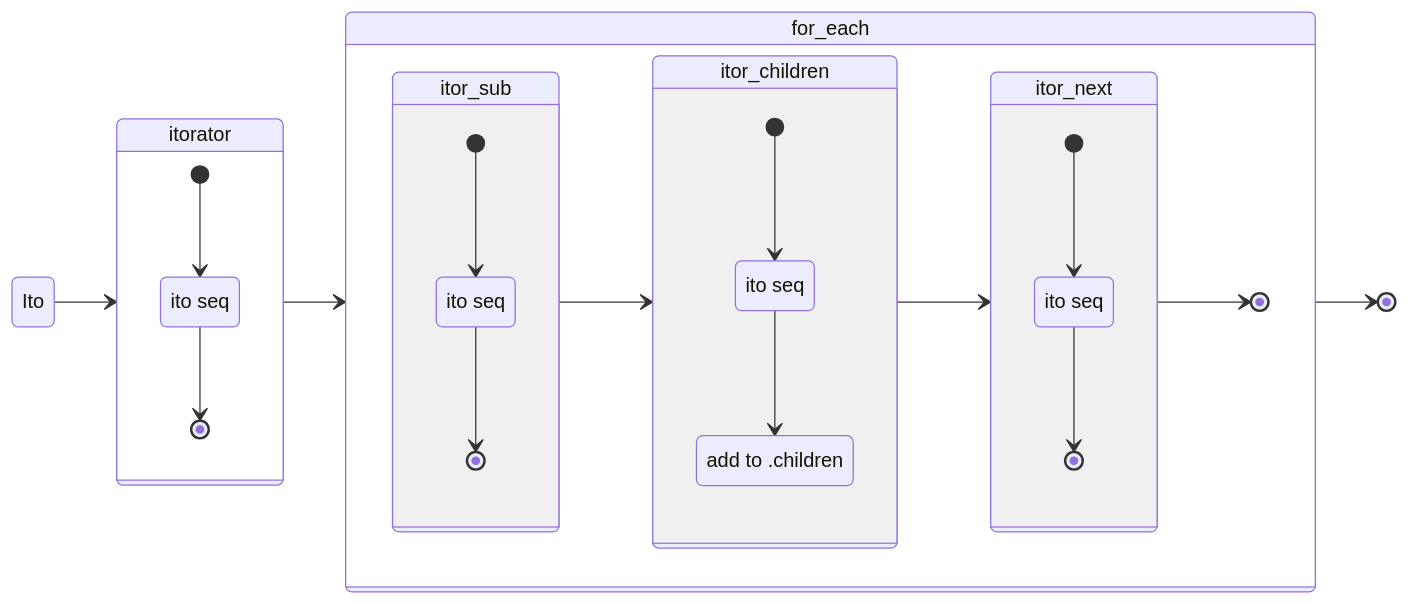
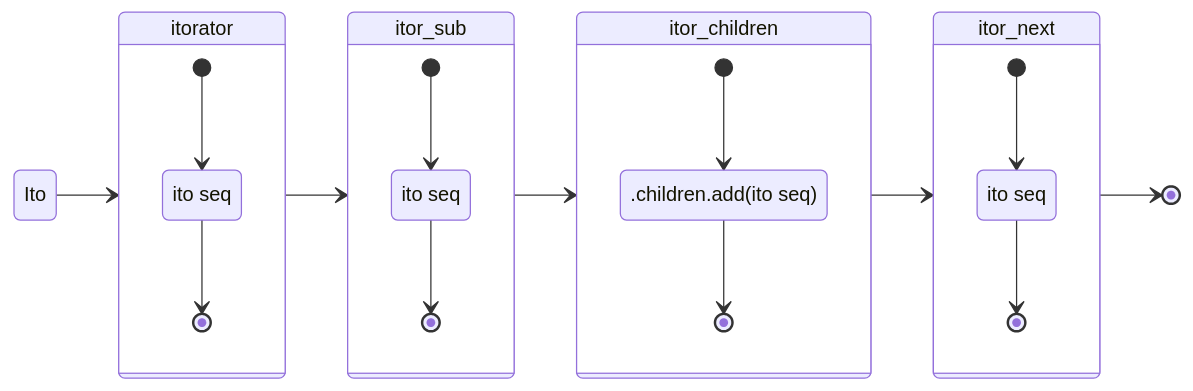
Before and after one commit to rlayers/pawpaw: the fifth of 11 diagrams in docs/4. Arborform.md, drawn with Mermaid. The commit also changed other lines of this file, not shown here.

Commit message:
Improved flow diagrams

````diff
--- a/docs/4. Arborform.md
+++ b/docs/4. Arborform.md
@@ -195,42 +206,37 @@
 ```mermaid
 stateDiagram-v2
   direction LR
   
   Ito --> itorator
   state itorator {
     direction TB
     [*] --> itosP
     itosP : ito seq
     itosP --> [*]
   }
-  itorator --> for_each
-    state for_each {
-      direction LR
-      state itor_sub {
-        direction TB
-        [*] --> itosS
-        itosS: ito seq
-        itosS --> [*]
-      }
-      itor_sub --> itor_children
+  itorator --> itor_sub
+  state itor_sub {
+    direction TB
+    [*] --> itosS
+    itosS: ito seq
+    itosS --> [*]
+  }
+  itor_sub --> itor_children
 
-      state itor_children {
-        direction TB
-        [*] --> itosC
-        itosC: ito seq
-        as_children: add to .children
-        itosC --> as_children
-      }
-      itor_children --> itor_next
+  state itor_children {
+    direction TB
+    [*] --> as_children
+    as_children: .children.add(ito seq)
+    as_children --> [*]
+  }
+  itor_children --> itor_next
 
-      state itor_next {
-        direction TB
-        [*] --> itosN
-        itosN: ito seq
-        itosN --> [*]
-      }
+  state itor_next {
+    direction TB
+    [*] --> itosN
+    itosN: ito seq
+    itosN --> [*]
+  }
 
-      itor_next --> [*]
-  }
-  for_each --> [*]
+  itor_next --> [*]
 ```
````
